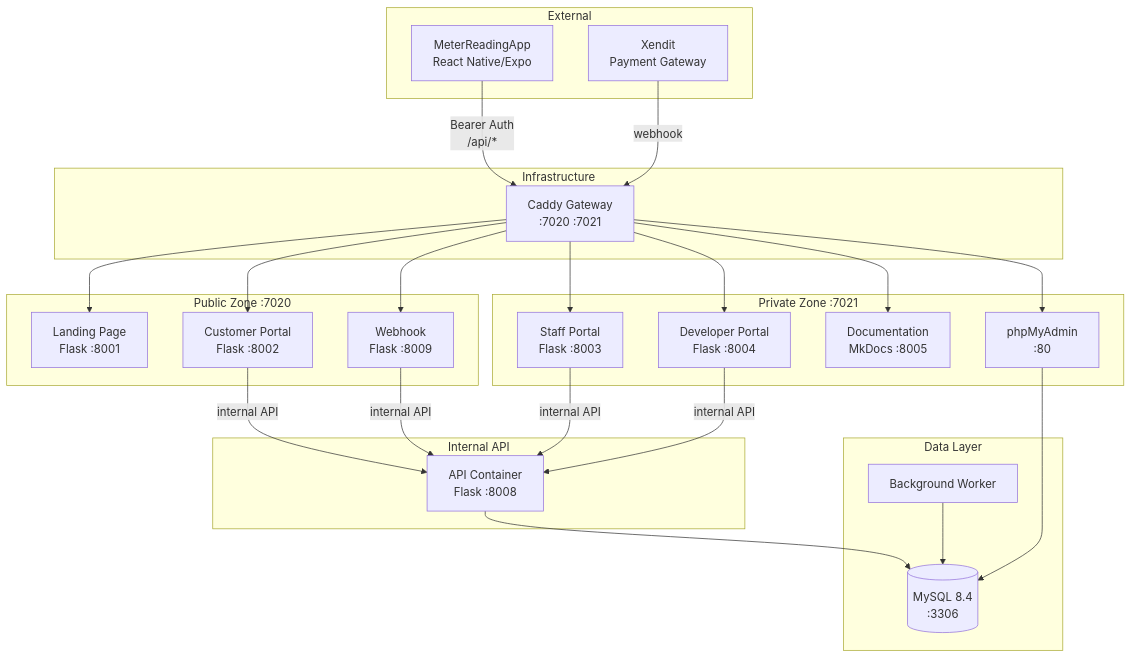
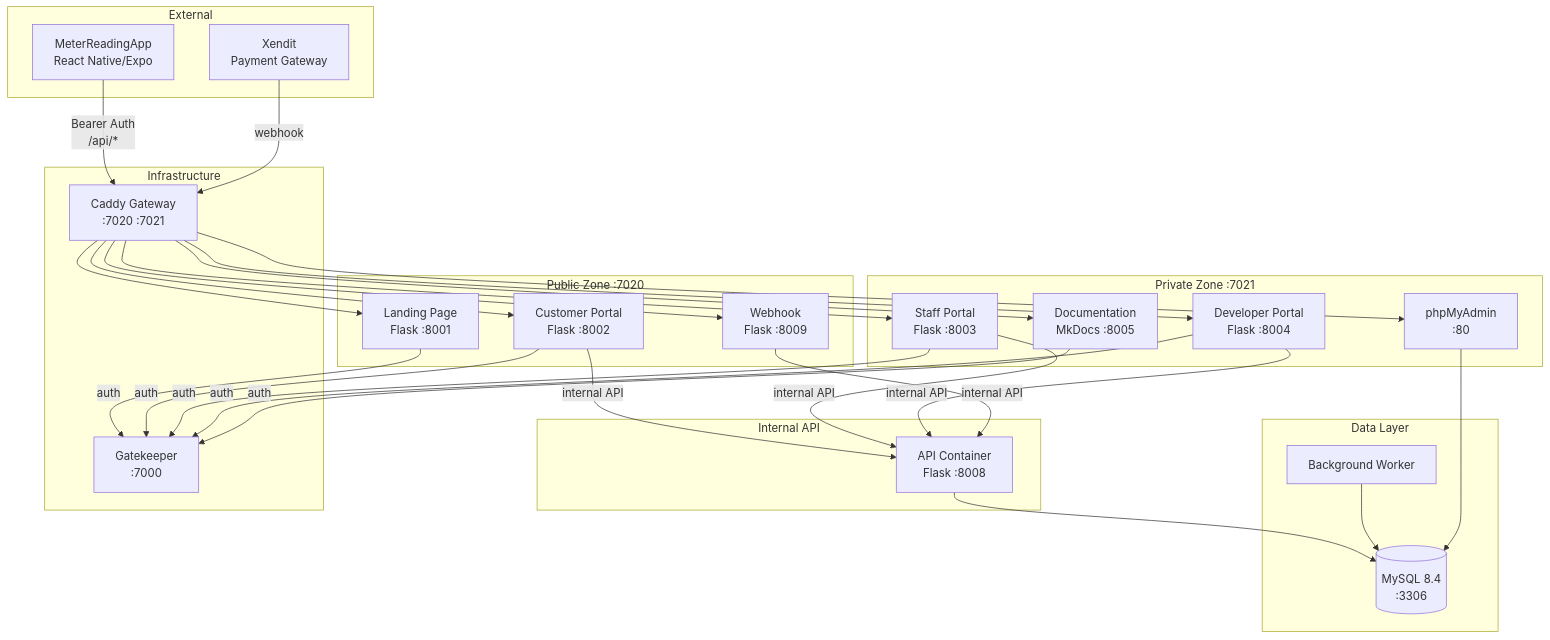
One commit to NovaProtocol/WaterBillingSystem changed the first of 5 diagrams in documentation/docs/architecture.md. Above: the diagram before and after it, drawn with Mermaid. The commit also changed other lines of this file and 9 other files, not shown here.

````diff
--- a/documentation/docs/architecture.md
+++ b/documentation/docs/architecture.md
@@ -5,53 +5,60 @@
 ```mermaid
 graph TB
     subgraph "Public Zone :7020"
         LAND["Landing Page<br/>Flask :8001"]
         CP["Customer Portal<br/>Flask :8002"]
         WH["Webhook<br/>Flask :8009"]
     end
 
     subgraph "Private Zone :7021"
         SP["Staff Portal<br/>Flask :8003"]
         DP["Developer Portal<br/>Flask :8004"]
         DOC["Documentation<br/>MkDocs :8005"]
         PMA["phpMyAdmin<br/>:80"]
     end
 
     subgraph "Internal API"
         API["API Container<br/>Flask :8008"]
     end
 
     subgraph "Data Layer"
         DB[("MySQL 8.4<br/>:3306")]
         WORKER["Background Worker"]
     end
 
     subgraph "Infrastructure"
         CAD["Caddy Gateway<br/>:7020 :7021"]
+        GK["Gatekeeper<br/>:7000"]
+    end
+
+    subgraph "External"
+        MOB["MeterReadingApp<br/>React Native/Expo"]
+        XENDIT["Xendit<br/>Payment Gateway"]
     end
 
     CAD --> LAND
     CAD --> CP
     CAD --> WH
     CAD --> SP
     CAD --> DP
     CAD --> DOC
     CAD --> PMA
 
     CP -->|"internal API"| API
     SP -->|"internal API"| API
     DP -->|"internal API"| API
     WH -->|"internal API"| API
 
     API --> DB
     WORKER --> DB
     PMA --> DB
 
-    subgraph "External"
-        MOB["MeterReadingApp<br/>React Native/Expo"]
-        XENDIT["Xendit<br/>Payment Gateway"]
-    end
+    LAND -->|"auth"| GK
+    CP -->|"auth"| GK
+    SP -->|"auth"| GK
+    DP -->|"auth"| GK
+    DOC -->|"auth"| GK
 
     MOB -->|"Bearer Auth<br/>/api/*"| CAD
     XENDIT -->|"webhook"| CAD
 ```
````
